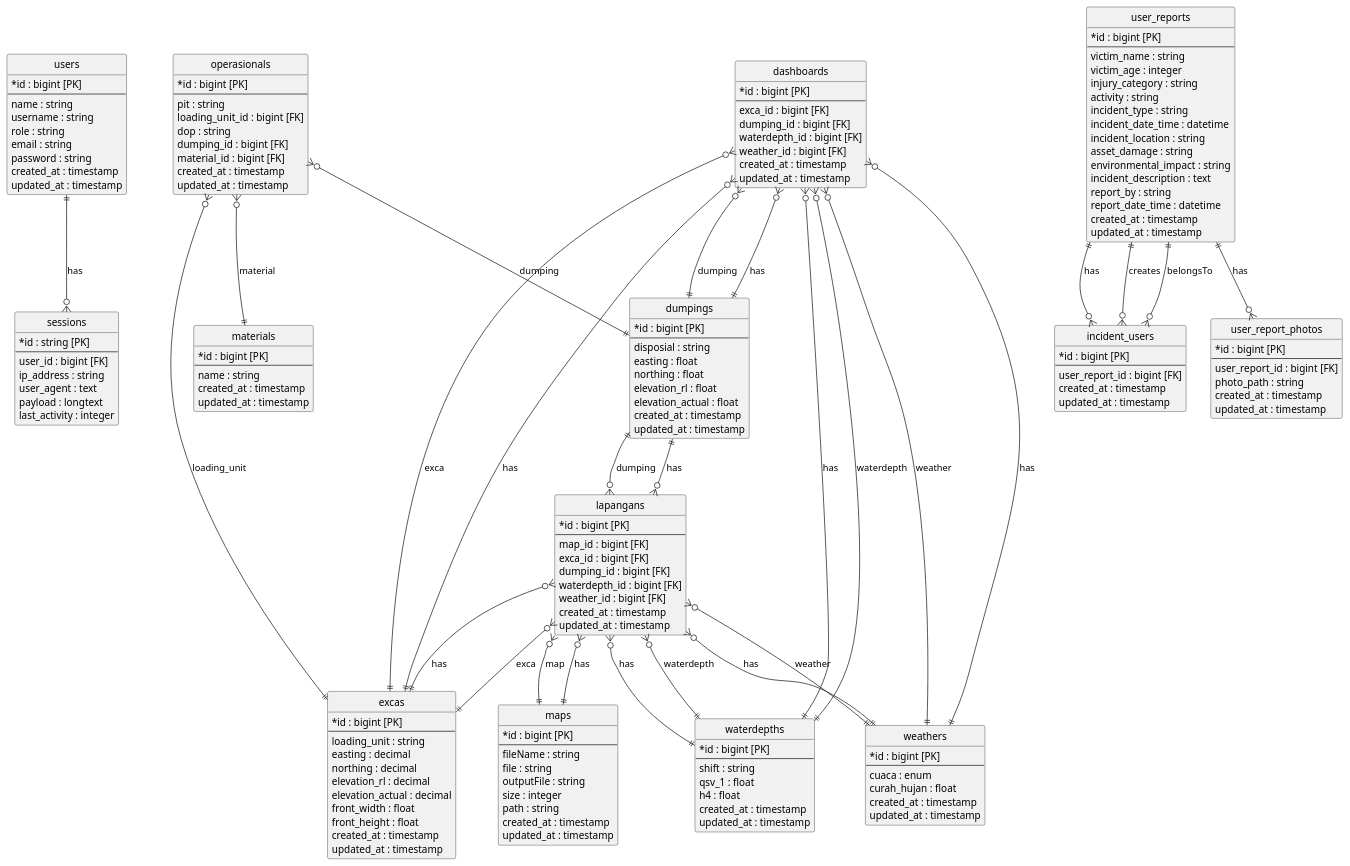
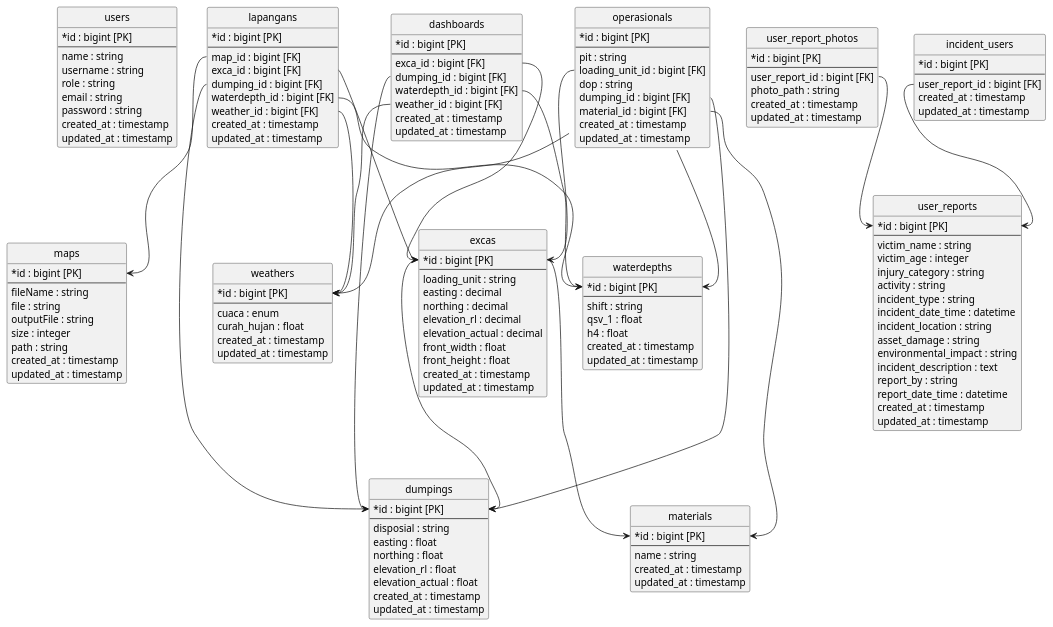
One commit to rezachairul/locator changed the diagram in erd.puml. Above: the diagram before and after it, drawn with PlantUML. The commit also changed 6 other files, not shown here.

```diff
--- a/erd.puml
+++ b/erd.puml
@@ -1,198 +1,190 @@
 @startuml Locatorgis
-
 ' Define skin parameters for better readability
 skinparam classAttributeIconSize 0
 hide circle
 
 entity users {
   *id : bigint [PK]
   --
   name : string
   username : string
   role : string
   email : string
   password : string
   created_at : timestamp
   updated_at : timestamp
 }
 
-entity sessions {
-  *id : string [PK]
-  --
-  user_id : bigint [FK]
-  ip_address : string
-  user_agent : text
-  payload : longtext
-  last_activity : integer
-}
-
 entity dashboards {
   *id : bigint [PK]
   --
   exca_id : bigint [FK]
   dumping_id : bigint [FK]
   waterdepth_id : bigint [FK]
   weather_id : bigint [FK]
+  created_at : timestamp
+  updated_at : timestamp
+}
+
+entity maps {
+  *id : bigint [PK]
+  --
+  fileName : string
+  file : string
+  outputFile : string
+  size : integer
+  path : string
+  created_at : timestamp
+  updated_at : timestamp
+}
+
+entity excas {
+  *id : bigint [PK]
+  --
+  loading_unit : string
+  easting : decimal
+  northing : decimal
+  elevation_rl : decimal
+  elevation_actual : decimal
+  front_width : float
+  front_height : float
   created_at : timestamp
   updated_at : timestamp
 }
 
 entity dumpings {
   *id : bigint [PK]
   --
   disposial : string
   easting : float
   northing : float
   elevation_rl : float
   elevation_actual : float
   created_at : timestamp
   updated_at : timestamp
 }
 
 entity materials {
   *id : bigint [PK]
   --
   name : string
   created_at : timestamp
   updated_at : timestamp
 }
 
 entity weathers {
   *id : bigint [PK]
   --
   cuaca : enum
   curah_hujan : float
   created_at : timestamp
   updated_at : timestamp
 }
 
 entity waterdepths {
   *id : bigint [PK]
   --
   shift : string
   qsv_1 : float
   h4 : float
   created_at : timestamp
   updated_at : timestamp
 }
 
-entity maps {
+entity operasionals {
   *id : bigint [PK]
   --
-  fileName : string
-  file : string
-  outputFile : string
-  size : integer
-  path : string
-  created_at : timestamp
-  updated_at : timestamp
-}
-
-entity excas {
-  *id : bigint [PK]
-  --
-  loading_unit : string
-  easting : decimal
-  northing : decimal
-  elevation_rl : decimal
-  elevation_actual : decimal
-  front_width : float
-  front_height : float
+  pit : string
+  loading_unit_id : bigint [FK]
+  dop : string
+  dumping_id : bigint [FK]
+  material_id : bigint [FK]
   created_at : timestamp
   updated_at : timestamp
 }
 
 entity lapangans {
   *id : bigint [PK]
   --
   map_id : bigint [FK]
   exca_id : bigint [FK]
   dumping_id : bigint [FK]
   waterdepth_id : bigint [FK]
   weather_id : bigint [FK]
   created_at : timestamp
   updated_at : timestamp
 }
 
 entity user_reports {
   *id : bigint [PK]
   --
   victim_name : string
   victim_age : integer
   injury_category : string
   activity : string
   incident_type : string
   incident_date_time : datetime
   incident_location : string
   asset_damage : string
   environmental_impact : string
   incident_description : text
   report_by : string
   report_date_time : datetime
   created_at : timestamp
   updated_at : timestamp
 }
 
-entity incident_users {
-  *id : bigint [PK]
-  --
-  user_report_id : bigint [FK]
-  created_at : timestamp
-  updated_at : timestamp
-}
-
-entity operasionals {
-  *id : bigint [PK]
-  --
-  pit : string
-  loading_unit_id : bigint [FK]
-  dop : string
-  dumping_id : bigint [FK]
-  material_id : bigint [FK]
-  created_at : timestamp
-  updated_at : timestamp
-}
-
 entity user_report_photos {
   *id : bigint [PK]
   --
   user_report_id : bigint [FK]
   photo_path : string
   created_at : timestamp
   updated_at : timestamp
 }
 
+entity incident_users {
+  *id : bigint [PK]
+  --
+  user_report_id : bigint [FK]
+  created_at : timestamp
+  updated_at : timestamp
+}
+
 ' RELATIONS
-users ||--o{ sessions : has
-user_reports ||--o{ incident_users : has
-user_reports ||--o{ user_report_photos : has
+' RELATIONS
+dashboards::exca_id --> excas::id
+dashboards::dumping_id --> dumpings::id
+dashboards::waterdepth_id --> waterdepths::id
+dashboards::weather_id --> weathers::id
 
-excas ||--o{ dashboards : has
-excas ||--o{ lapangans : has
-dumpings ||--o{ dashboards : has
-dumpings ||--o{ lapangans : has
-waterdepths ||--o{ dashboards : has
-waterdepths ||--o{ lapangans : has
-weathers ||--o{ dashboards : has
-weathers ||--o{ lapangans : has
-maps ||--o{ lapangans : has
+lapangans::map_id --> maps::id
+lapangans::exca_id --> excas::id
+lapangans::dumping_id --> dumpings::id
+lapangans::waterdepth_id --> waterdepths::id
+lapangans::weather_id --> weathers::id
 
-user_reports ||--o{ incident_users : creates
-incident_users }o--|| user_reports : belongsTo
+operasionals::loading_unit_id --> excas::id
+operasionals::dumping_id --> dumpings::id
+operasionals::material_id --> materials::id
+operasionals::weather_id --> weathers::id
+operasionals::waterdepth_id --> waterdepths::id
 
-operasionals }o--|| excas : loading_unit
-operasionals }o--|| dumpings : dumping
-operasionals }o--|| materials : material
+excas::id --> dumpings::id
+excas::id --> materials::id
 
-lapangans }o--|| maps : map
-lapangans }o--|| excas : exca
-lapangans }o--|| dumpings : dumping
-lapangans }o--|| waterdepths : waterdepth
-lapangans }o--|| weathers : weather
+user_report_photos::user_report_id --> user_reports::id
+incident_users::user_report_id --> user_reports::id
 
-dashboards }o--|| excas : exca
-dashboards }o--|| dumpings : dumping
-dashboards }o--|| waterdepths : waterdepth
-dashboards }o--|| weathers : weather
+' (Relasi Users)
+' - Admin mengelola semua (akses penuh, relasi tidak perlu langsung di database tapi diatur di level aplikasi)
+' - Operator bisa akses lapangans (via posisi dan maps) dan membuat user_reports
+
+' Jadi: Optional relasi logis
+' Operator memiliki akses ke lapangan melalui maps (maps punya banyak lapangan)
+' Operator membuat user_report (bisa ditambahkan user_id jika ingin menghubungkan user -> user_reports)
+
+' Jika ingin simpan relasi user_id di user_reports (tidak ada di model sekarang):
+' user_reports::user_id --> users::id
 
 @enduml
```
